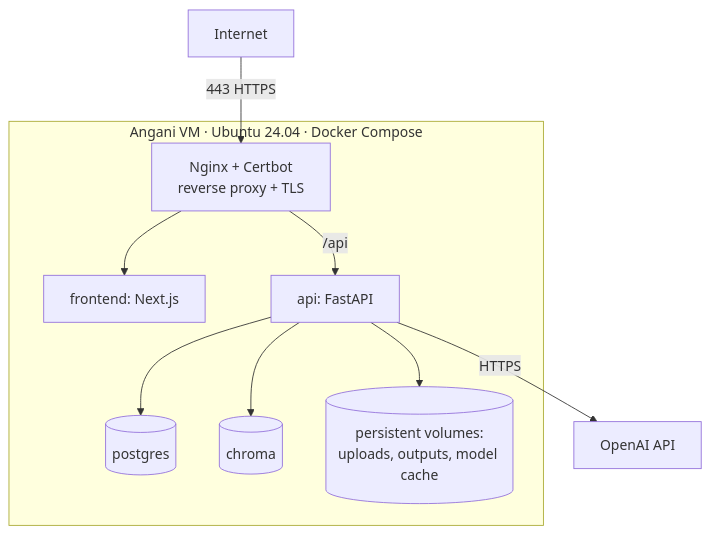
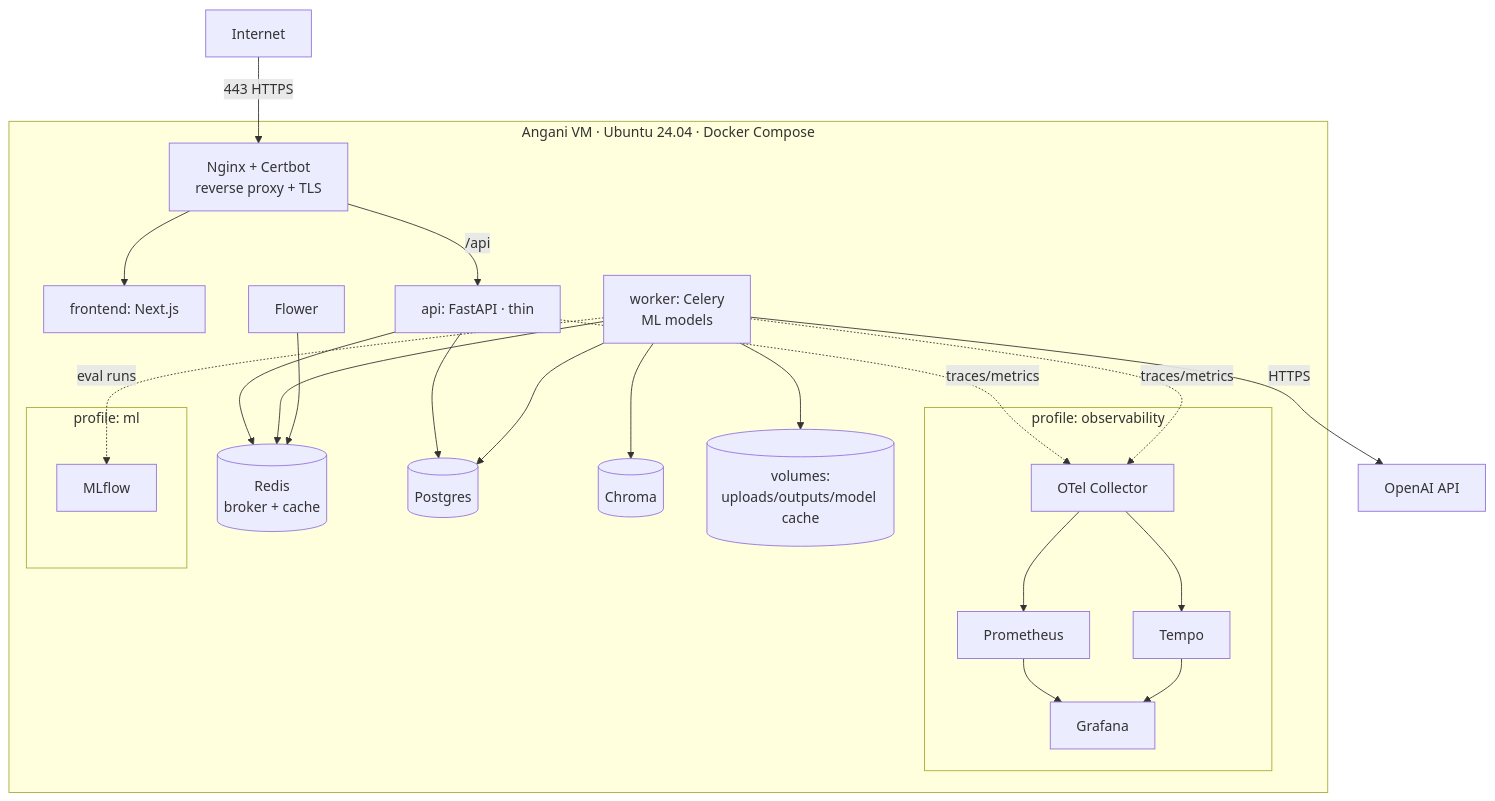
One commit to gilbert-mutai/unipress-de changed the diagram in docs/07-tech-stack.md. Above: the diagram before and after it, drawn with Mermaid. The commit also changed other lines of this file and 1 other file, not shown here.

````diff
--- a/docs/07-tech-stack.md
+++ b/docs/07-tech-stack.md
@@ -191,12 +238,28 @@
 ```mermaid
 flowchart TD
     NET[Internet] -->|443 HTTPS| NGINX[Nginx + Certbot<br/>reverse proxy + TLS]
     subgraph VM["Angani VM · Ubuntu 24.04 · Docker Compose"]
         NGINX --> FE[frontend: Next.js]
-        NGINX -->|/api| API[api: FastAPI]
-        API --> PG[(postgres)]
-        API --> CH[(chroma)]
-        API --> VOL[(persistent volumes:<br/>uploads, outputs, model cache)]
+        NGINX -->|/api| API[api: FastAPI · thin]
+        API --> RED[(Redis<br/>broker + cache)]
+        API --> PG[(Postgres)]
+        WK[worker: Celery<br/>ML models] --> RED
+        WK --> PG
+        WK --> CH[(Chroma)]
+        WK --> VOL[(volumes:<br/>uploads/outputs/model cache)]
+        subgraph OBS["profile: observability"]
+            OTEL[OTel Collector] --> PROM[Prometheus]
+            OTEL --> TEMPO[Tempo]
+            PROM --> GRAF[Grafana]
+            TEMPO --> GRAF
+        end
+        subgraph MLP["profile: ml"]
+            MLF[MLflow]
+        end
+        API -. traces/metrics .-> OTEL
+        WK -. traces/metrics .-> OTEL
+        WK -. eval runs .-> MLF
+        FLW[Flower] --> RED
     end
-    API -->|HTTPS| OA[OpenAI API]
+    WK -->|HTTPS| OA[OpenAI API]
 ```
````
